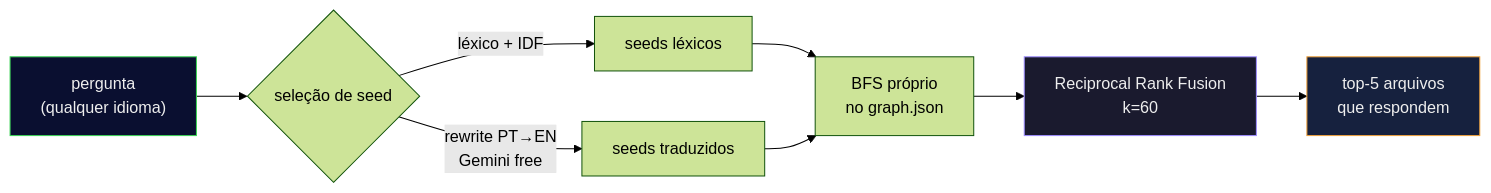
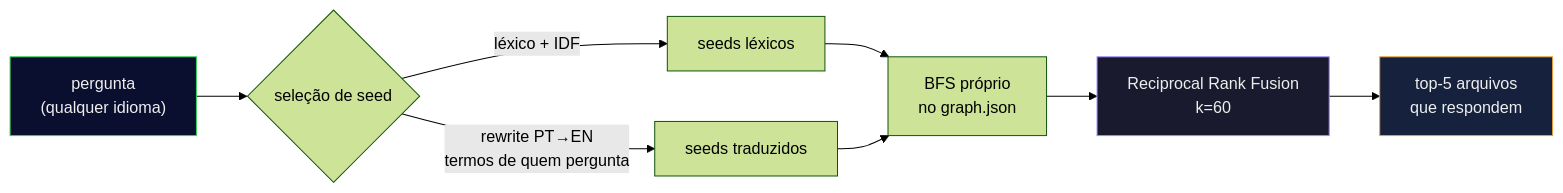
One commit to kamusmg/cerebro-engine changed the diagram in README.md. Above: the diagram before and after it, drawn with Mermaid (forest theme). The commit also changed other lines of this file and 8 other files, not shown here.

````diff
--- a/README.md
+++ b/README.md
@@ -276,13 +276,13 @@
 ```mermaid
 flowchart LR
     Q["pergunta<br/>(qualquer idioma)"] --> S{seleção de seed}
     S -->|léxico + IDF| A[seeds léxicos]
-    S -->|rewrite PT→EN<br/>Gemini free| B[seeds traduzidos]
+    S -->|rewrite PT→EN<br/>termos de quem pergunta| B[seeds traduzidos]
     A --> BFS[BFS próprio<br/>no graph.json]
     B --> BFS
     BFS --> RRF["Reciprocal Rank Fusion<br/>k=60"]
     RRF --> C[top-5 arquivos<br/>que respondem]
     style Q fill:#0a0f30,stroke:#39d353,color:#eee
     style C fill:#16213e,stroke:#f0a13a,color:#eee
     style RRF fill:#1a1a2e,stroke:#9d8cff,color:#eee
 ```
````
